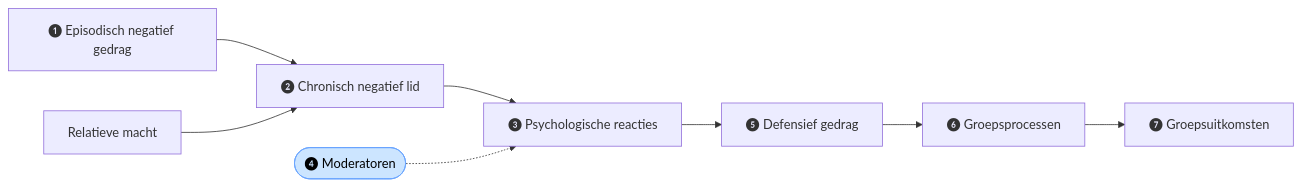
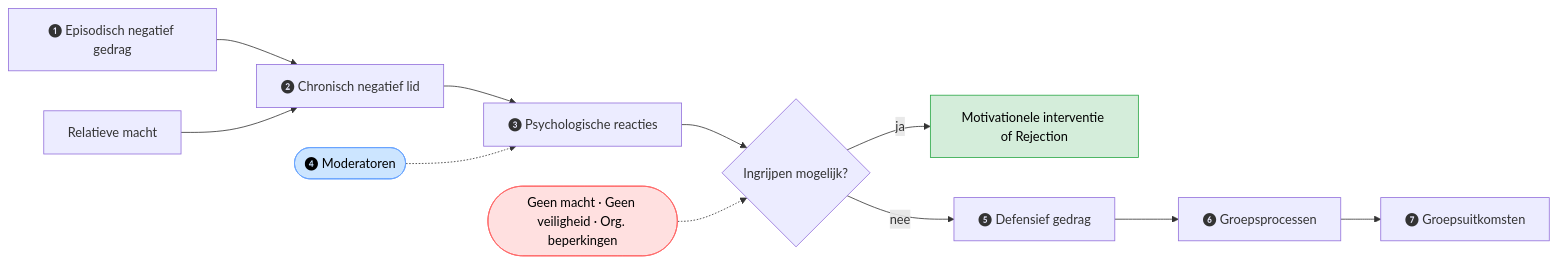
The diagram in articles/felps-mitchell-byington-how-when-why-bad-apples-2006.md (johantre/ai-value-flow-lab), drawn with Mermaid before and after one commit. The commit also changed other lines of this file, not shown here.

First line of the commit message:
Restructure article: expand causal model, add ingrijpen section with per-type analysis

````diff
--- a/articles/felps-mitchell-byington-how-when-why-bad-apples-2006.md
+++ b/articles/felps-mitchell-byington-how-when-why-bad-apples-2006.md
@@ -81,11 +71,16 @@
 ```mermaid
 graph LR
     A[❶ Episodisch negatief gedrag] --> B[❷ Chronisch negatief lid]
     B --> C[❸ Psychologische reacties]
-    C --> D[❺ Defensief gedrag]
+    C --> DEC{Ingrijpen mogelijk?}
+    DEC -->|ja| INT[Motivationele interventie of Rejection]
+    DEC -->|nee| D[❺ Defensief gedrag]
     D --> E[❻ Groepsprocessen]
     E --> F[❼ Groepsuitkomsten]
+    BARR([Geen macht · Geen veiligheid · Org. beperkingen]) -.-> DEC
     G([❹ Moderatoren]) -.-> C
     H[Relatieve macht] --> B
     style G fill:#cce5ff,stroke:#66a3ff,color:#000
+    style BARR fill:#ffe0e0,stroke:#ff6666,color:#000
+    style INT fill:#d4edda,stroke:#28a745,color:#000
 ```
````
